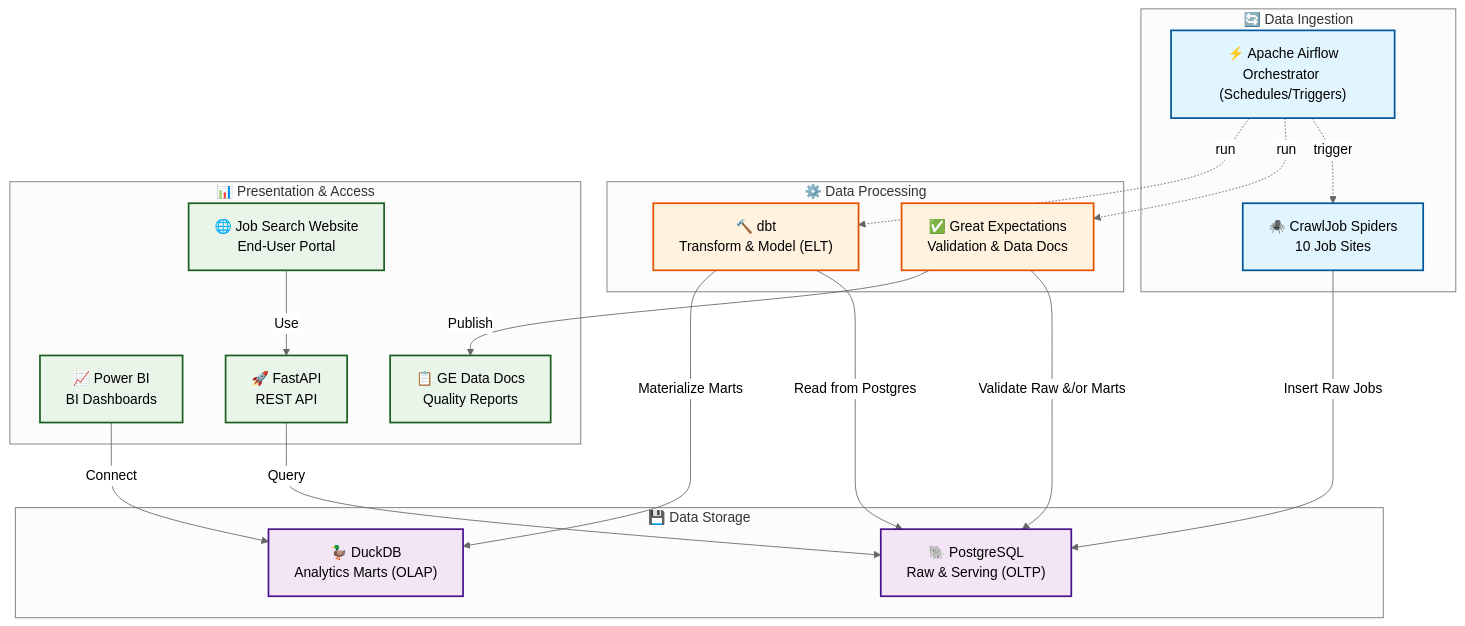
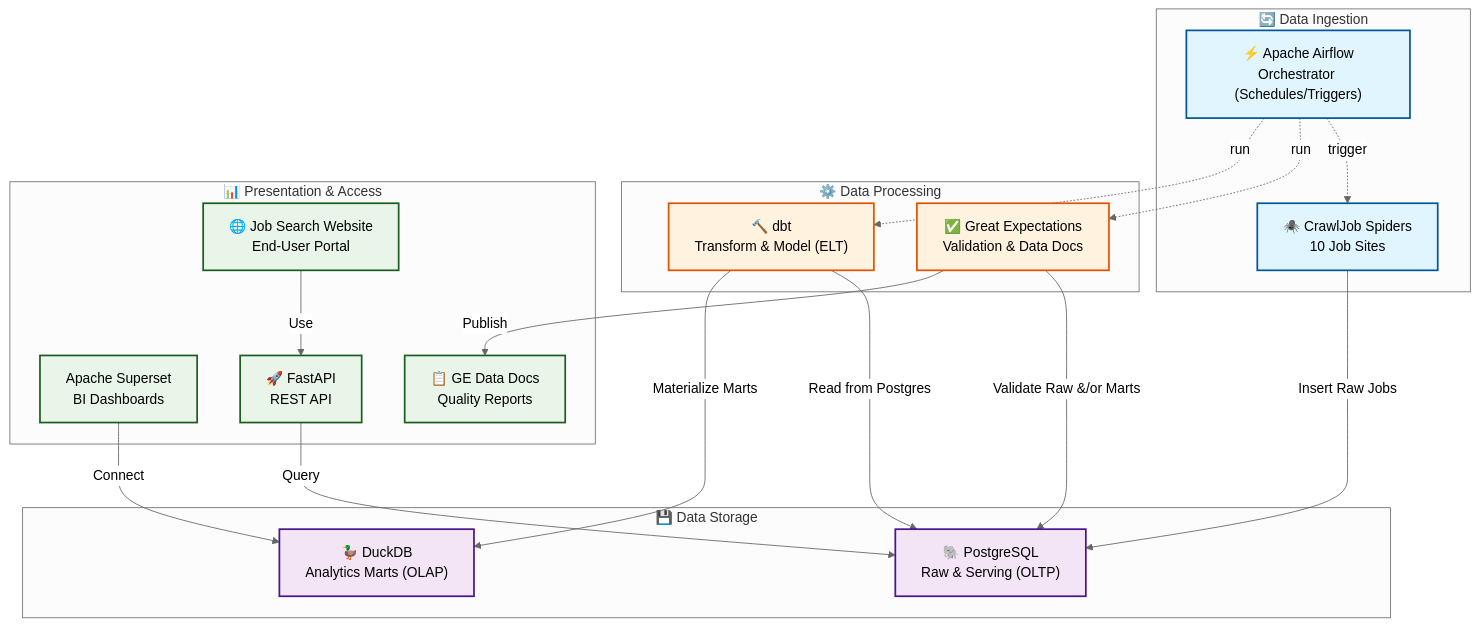
The first of 7 diagrams in plan/DATA_ENGINEERING_STACK_PLAN.md (thethien8a/Crawl-Jobs), drawn with Mermaid (neutral theme) before and after one commit. The commit also changed other lines of this file, not shown here.

````diff
--- a/plan/DATA_ENGINEERING_STACK_PLAN.md
+++ b/plan/DATA_ENGINEERING_STACK_PLAN.md
@@ -49,53 +49,53 @@
 ```mermaid
 flowchart TD
     %% Layers
     subgraph ingestion["🔄 Data Ingestion"]
         spiders["🕷️ CrawlJob Spiders<br/>10 Job Sites"]
         airflow["⚡ Apache Airflow<br/>Orchestrator (Schedules/Triggers)"]
     end
 
     subgraph storage["💾 Data Storage"]
         postgres["🐘 PostgreSQL<br/>Raw & Serving (OLTP)"]
         duckdb["🦆 DuckDB<br/>Analytics Marts (OLAP)"]
     end
 
     subgraph processing["⚙️ Data Processing"]
         dbt["🔨 dbt<br/>Transform & Model (ELT)"]
         ge["✅ Great Expectations<br/>Validation & Data Docs"]
     end
 
     subgraph presentation["📊 Presentation & Access"]
-        powerbi["📈 Power BI<br/>BI Dashboards"]
+    superset["Apache Superset<br/>BI Dashboards"]
         fastapi["🚀 FastAPI<br/>REST API"]
         webapp["🌐 Job Search Website<br/>End-User Portal"]
         ge_docs["📋 GE Data Docs<br/>Quality Reports"]
     end
 
     %% Orchestration (control-plane)
     airflow -. trigger .-> spiders
     airflow -. run .-> ge
     airflow -. run .-> dbt
 
     %% Data plane
     spiders -->|"Insert Raw Jobs"| postgres
     ge -->|"Validate Raw &/or Marts"| postgres
     ge -->|"Publish"| ge_docs
     dbt -->|"Read from Postgres"| postgres
     dbt -->|"Materialize Marts"| duckdb
 
     %% Serving
     fastapi -->|"Query"| postgres
     webapp -->|"Use"| fastapi
-    powerbi -->|"Connect"| duckdb
+    superset -->|"Connect"| duckdb
 
     %% Styles
     classDef ingestionStyle fill:#e1f5fe,stroke:#01579b,stroke-width:2px
     classDef storageStyle fill:#f3e5f5,stroke:#4a148c,stroke-width:2px
     classDef processStyle fill:#fff3e0,stroke:#e65100,stroke-width:2px
     classDef presentStyle fill:#e8f5e8,stroke:#1b5e20,stroke-width:2px
 
     class spiders,airflow ingestionStyle
     class postgres,duckdb storageStyle
     class dbt,ge processStyle
-    class powerbi,fastapi,webapp,ge_docs presentStyle
+    class superset,fastapi,webapp,ge_docs presentStyle
 ```
````
